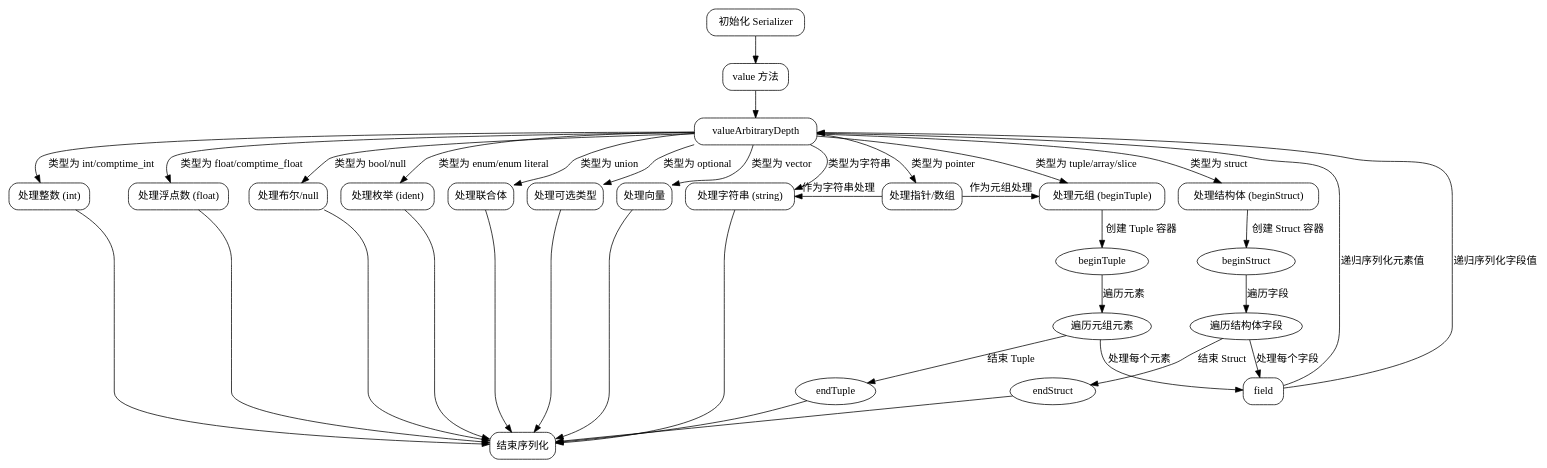
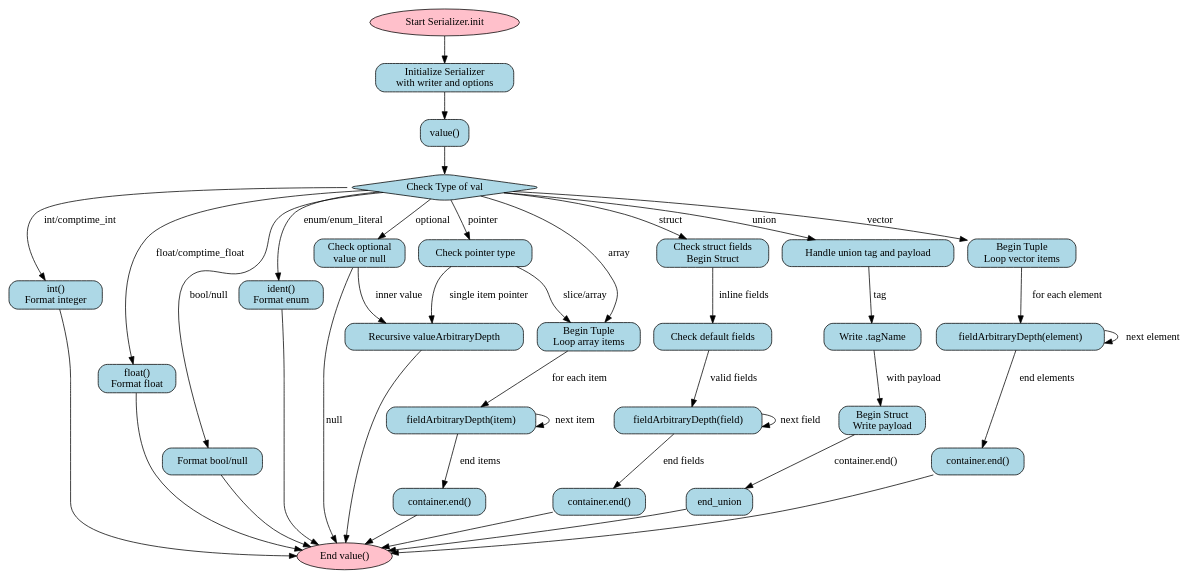
Before and after one commit to sdzx-1/deepseek-zig-reader: the diagram in dot_std/zon/stringify.zig.Serializer.md, drawn with Graphviz. The commit also changed other lines of this file and 236 other files, not shown here.

````diff
--- a/dot_std/zon/stringify.zig.Serializer.md
+++ b/dot_std/zon/stringify.zig.Serializer.md
@@ -38,74 +25,81 @@
 ```dot
-digraph SerializerFlowchart {
+digraph SerializerFlow {
     rankdir=TB;
-    node [shape=rectangle, style=rounded];
+    node [shape=rectangle, style="rounded,filled", fillcolor=lightblue];
 
-    init [label="初始化 Serializer"];
-    value [label="value 方法"];
-    valueArbitraryDepth [label="valueArbitraryDepth"];
-    handleInt [label="处理整数 (int)"];
-    handleFloat [label="处理浮点数 (float)"];
-    handleBoolNull [label="处理布尔/null"];
-    handleEnum [label="处理枚举 (ident)"];
-    handlePointer [label="处理指针/数组"];
-    handleStruct [label="处理结构体 (beginStruct)"];
-    handleTuple [label="处理元组 (beginTuple)"];
-    handleUnion [label="处理联合体"];
-    handleOptional [label="处理可选类型"];
-    handleVector [label="处理向量"];
-    string [label="处理字符串 (string)"];
-    end [label="结束序列化"];
+    start [label="Start Serializer.init", shape=ellipse, fillcolor=pink];
+    init [label="Initialize Serializer\nwith writer and options"];
+    value [label="value()"];
+    type_check [label="Check Type of val", shape=diamond];
+    handle_int [label="int()\nFormat integer"];
+    handle_float [label="float()\nFormat float"];
+    handle_bool_null [label="Format bool/null"];
+    handle_enum [label="ident()\nFormat enum"];
+    handle_pointer [label="Check pointer type"];
+    handle_array [label="Begin Tuple\nLoop array items"];
+    handle_struct [label="Check struct fields\nBegin Struct"];
+    handle_union [label="Handle union tag and payload"];
+    handle_optional [label="Check optional\nvalue or null"];
+    handle_vector [label="Begin Tuple\nLoop vector items"];
+    end_value [label="End value()", shape=ellipse, fillcolor=pink];
 
+    start -> init;
     init -> value;
-    value -> valueArbitraryDepth;
-    
-    valueArbitraryDepth -> handleInt [label="类型为 int/comptime_int"];
-    valueArbitraryDepth -> handleFloat [label="类型为 float/comptime_float"];
-    valueArbitraryDepth -> handleBoolNull [label="类型为 bool/null"];
-    valueArbitraryDepth -> handleEnum [label="类型为 enum/enum literal"];
-    valueArbitraryDepth -> handlePointer [label="类型为 pointer"];
-    valueArbitraryDepth -> handleStruct [label="类型为 struct"];
-    valueArbitraryDepth -> handleTuple [label="类型为 tuple/array/slice"];
-    valueArbitraryDepth -> handleUnion [label="类型为 union"];
-    valueArbitraryDepth -> handleOptional [label="类型为 optional"];
-    valueArbitraryDepth -> handleVector [label="类型为 vector"];
-    valueArbitraryDepth -> string [label="类型为字符串"];
 
-    handlePointer -> handleTuple [label="作为元组处理"];
-    handlePointer -> string [label="作为字符串处理"];
+    value -> type_check;
 
-    handleStruct -> beginStruct [label="创建 Struct 容器"];
-    beginStruct -> structFields [label="遍历字段"];
-    structFields -> field [label="处理每个字段"];
-    field -> valueArbitraryDepth [label="递归序列化字段值"];
-    structFields -> endStruct [label="结束 Struct"];
-    
-    handleTuple -> beginTuple [label="创建 Tuple 容器"];
-    beginTuple -> tupleFields [label="遍历元素"];
-    tupleFields -> field [label="处理每个元素"];
-    field -> valueArbitraryDepth [label="递归序列化元素值"];
-    tupleFields -> endTuple [label="结束 Tuple"];
+    type_check -> handle_int [label="int/comptime_int"];
+    type_check -> handle_float [label="float/comptime_float"];
+    type_check -> handle_bool_null [label="bool/null"];
+    type_check -> handle_enum [label="enum/enum_literal"];
+    type_check -> handle_pointer [label="pointer"];
+    type_check -> handle_array [label="array"];
+    type_check -> handle_struct [label="struct"];
+    type_check -> handle_union [label="union"];
+    type_check -> handle_optional [label="optional"];
+    type_check -> handle_vector [label="vector"];
 
-    string -> end;
+    handle_pointer -> handle_array [label="slice/array"];
+    handle_pointer -> handle_value [label="single item pointer"];
 
-    beginStruct [shape=ellipse, label="beginStruct"];
-    structFields [shape=ellipse, label="遍历结构体字段"];
-    endStruct [shape=ellipse, label="endStruct"];
-    
-    beginTuple [shape=ellipse, label="beginTuple"];
-    tupleFields [shape=ellipse, label="遍历元组元素"];
-    endTuple [shape=ellipse, label="endTuple"];
+    handle_array -> loop_array [label="for each item"];
+    loop_array [label="fieldArbitraryDepth(item)"];
+    loop_array -> loop_array [label="next item"];
+    loop_array -> end_array [label="end items"];
+    end_array [label="container.end()"];
+    end_array -> end_value;
 
-    handleInt -> end;
-    handleFloat -> end;
-    handleBoolNull -> end;
-    handleEnum -> end;
-    handleUnion -> end;
-    handleOptional -> end;
-    handleVector -> end;
-    endStruct -> end;
-    endTuple -> end;
+    handle_struct -> check_fields [label="inline fields"];
+    check_fields [label="Check default fields"];
+    check_fields -> loop_struct [label="valid fields"];
+    loop_struct [label="fieldArbitraryDepth(field)"];
+    loop_struct -> loop_struct [label="next field"];
+    loop_struct -> end_struct [label="end fields"];
+    end_struct [label="container.end()"];
+    end_struct -> end_value;
 
-    { rank=same; handleInt handleFloat handleBoolNull handleEnum handlePointer handleStruct handleTuple handleUnion handleOptional handleVector string }
+    handle_union -> write_tag [label="tag"];
+    write_tag [label="Write .tagName"];
+    write_tag -> handle_payload [label="with payload"];
+    handle_payload [label="Begin Struct\nWrite payload"];
+    handle_payload -> end_union [label="container.end()"];
+    end_union -> end_value;
+
+    handle_optional -> end_value [label="null"];
+    handle_optional -> handle_value [label="inner value"];
+
+    handle_vector -> loop_vector [label="for each element"];
+    loop_vector [label="fieldArbitraryDepth(element)"];
+    loop_vector -> loop_vector [label="next element"];
+    loop_vector -> end_vector [label="end elements"];
+    end_vector [label="container.end()"];
+    end_vector -> end_value;
+
+    handle_int -> end_value;
+    handle_float -> end_value;
+    handle_bool_null -> end_value;
+    handle_enum -> end_value;
+    handle_value [label="Recursive valueArbitraryDepth"];
+    handle_value -> end_value;
 }
-``` 
+```
````
